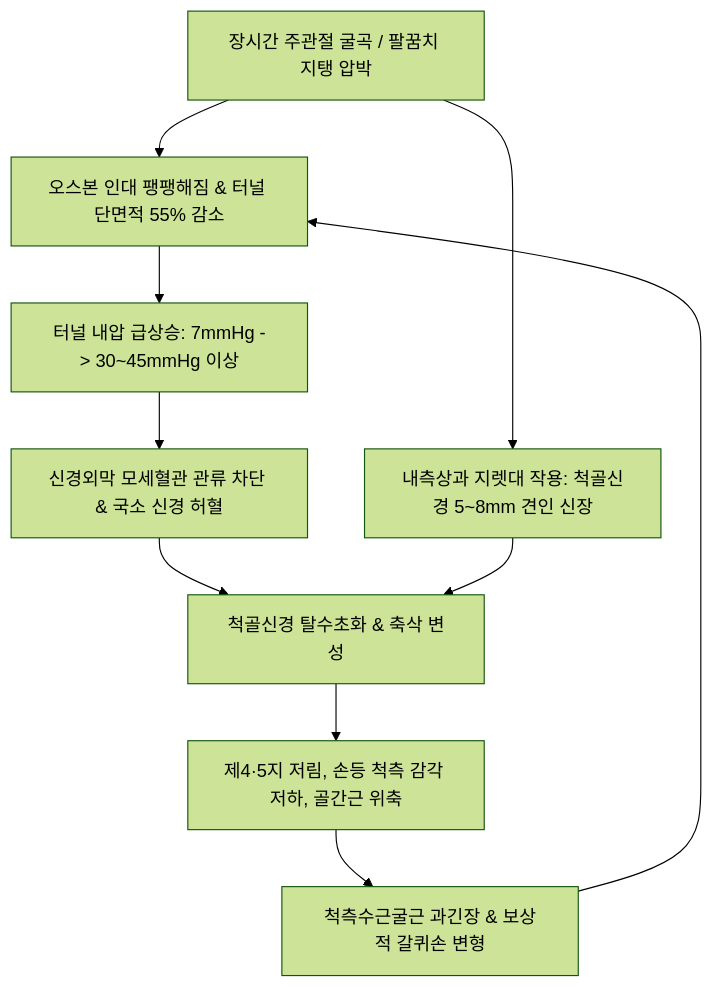
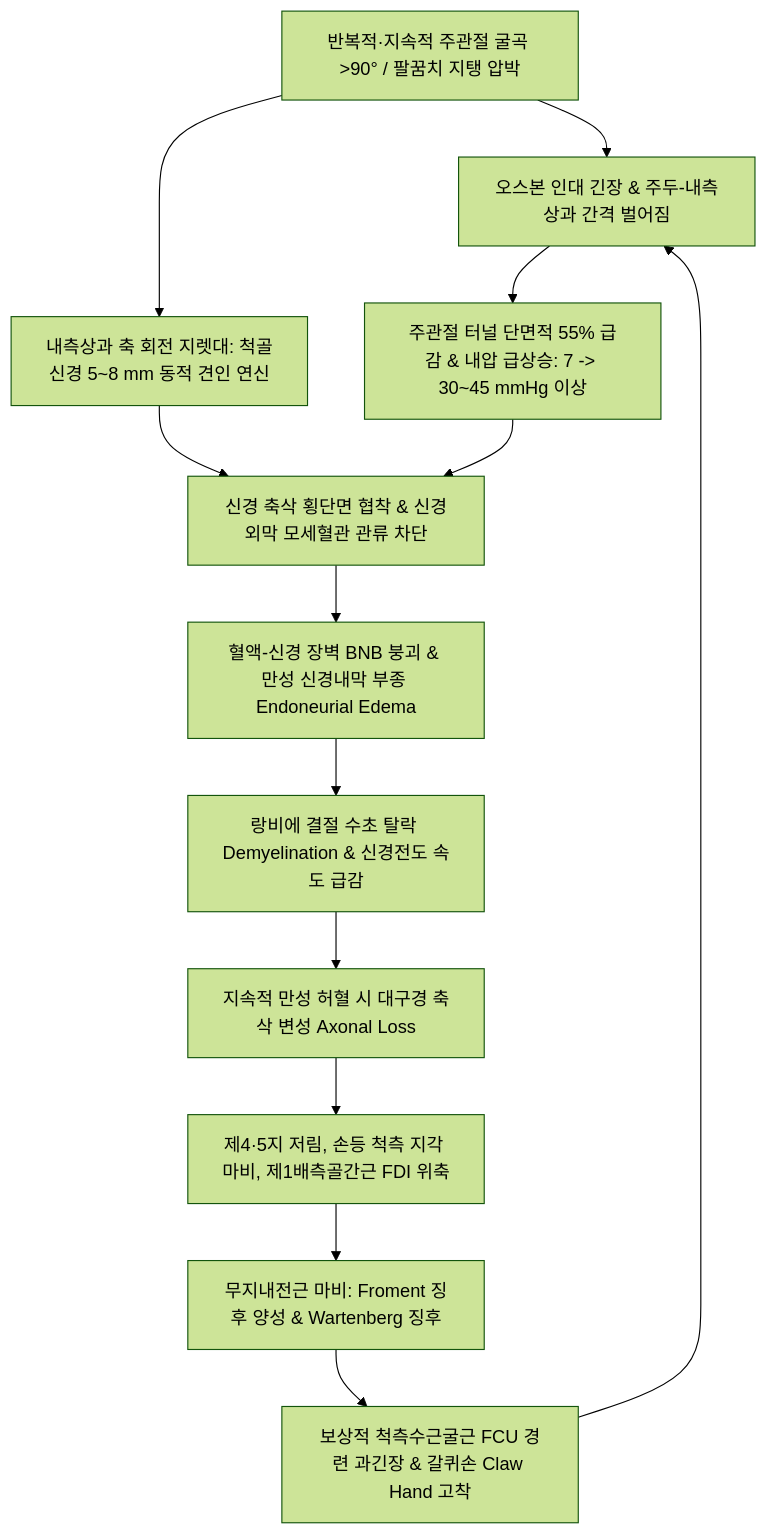
Before and after one commit to simbio11/simbio-digital-garden2: the diagram in content/3. 이론 공부/질환/근골격계 질환/상지/주관절 터널 증후군.md, drawn with Mermaid (forest theme). The commit also changed other lines of this file and 350 other files, not shown here.

````diff
--- a/content/3. 이론 공부/질환/근골격계 질환/상지/주관절 터널 증후군.md
+++ b/content/3. 이론 공부/질환/근골격계 질환/상지/주관절 터널 증후군.md
@@ -69,12 +109,15 @@
 ```mermaid
 graph TD
-    A[장시간 주관절 굴곡 / 팔꿈치 지탱 압박] --> B[오스본 인대 팽팽해짐 & 터널 단면적 55% 감소]
-    B --> C[터널 내압 급상승: 7mmHg -> 30~45mmHg 이상]
-    C --> D[신경외막 모세혈관 관류 차단 & 국소 신경 허혈]
-    D --> E[척골신경 탈수초화 & 축삭 변성]
-    A --> F[내측상과 지렛대 작용: 척골신경 5~8mm 견인 신장]
-    F --> E
-    E --> G[제4·5지 저림, 손등 척측 감각 저하, 골간근 위축]
-    G --> H[척측수근굴근 과긴장 & 보상적 갈퀴손 변형]
-    H --> B
+    A[반복적·지속적 주관절 굴곡 >90° / 팔꿈치 지탱 압박] --> B[오스본 인대 긴장 & 주두-내측상과 간격 벌어짐]
+    B --> C[주관절 터널 단면적 55% 급감 & 내압 급상승: 7 -> 30~45 mmHg 이상]
+    A --> D[내측상과 축 회전 지렛대: 척골신경 5~8 mm 동적 견인 연신]
+    D --> E[신경 축삭 횡단면 협착 & 신경외막 모세혈관 관류 차단]
+    C --> E
+    E --> F[혈액-신경 장벽 BNB 붕괴 & 만성 신경내막 부종 Endoneurial Edema]
+    F --> G[랑비에 결절 수초 탈락 Demyelination & 신경전도 속도 급감]
+    G --> H[지속적 만성 허혈 시 대구경 축삭 변성 Axonal Loss]
+    H --> I[제4·5지 저림, 손등 척측 지각 마비, 제1배측골간근 FDI 위축]
+    I --> J[무지내전근 마비: Froment 징후 양성 & Wartenberg 징후]
+    J --> K[보상적 척측수근굴근 FCU 경련 과긴장 & 갈퀴손 Claw Hand 고착]
+    K --> B
 ```
````
